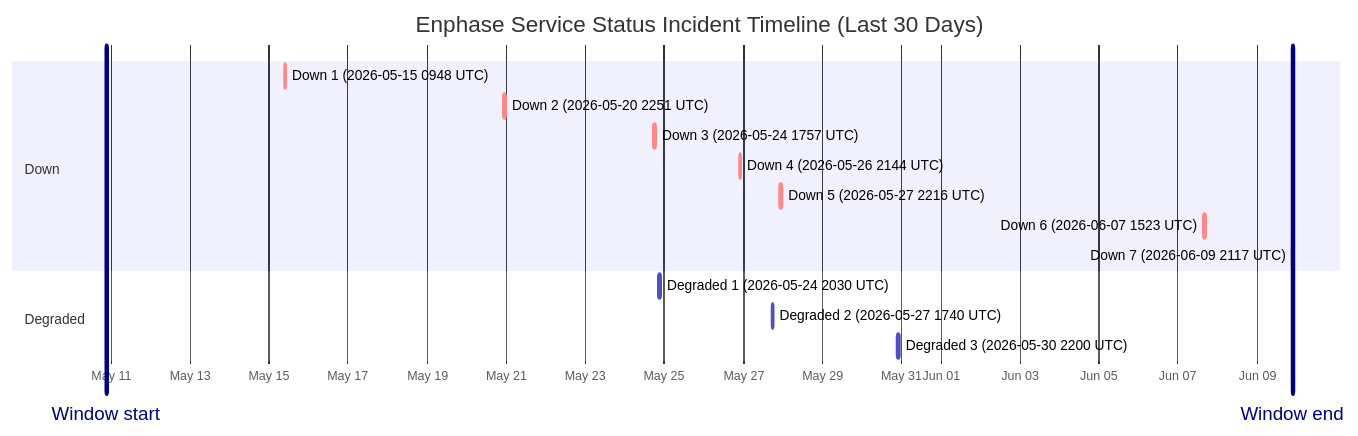
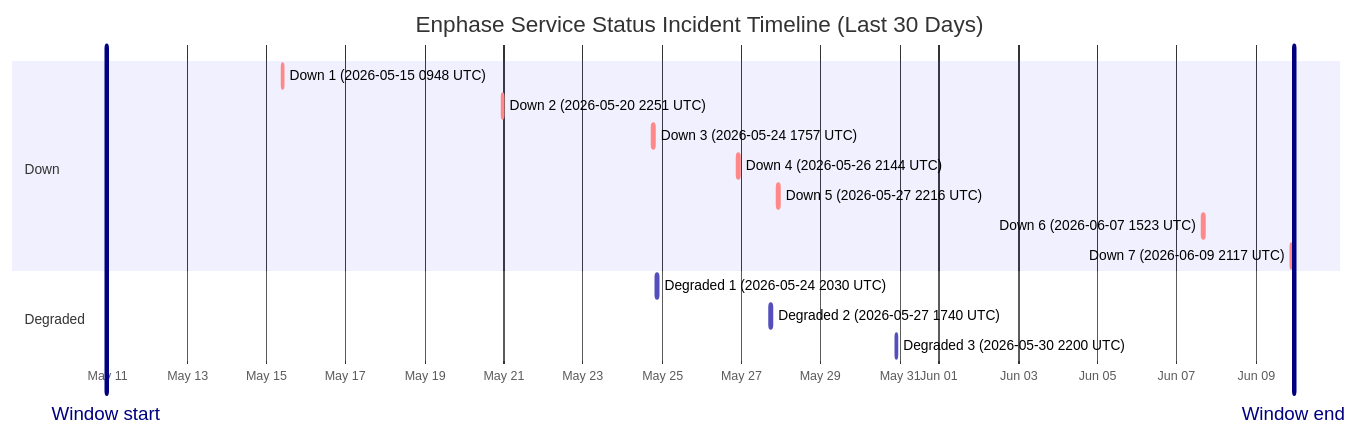
The diagram in wiki/Service-Status-History.md (barneyonline/ha-enphase-energy), drawn with Mermaid before and after one commit. The commit also changed other lines of this file and 5 other files, not shown here.

````diff
--- a/wiki/Service-Status-History.md
+++ b/wiki/Service-Status-History.md
@@ -14,20 +14,20 @@
 ```mermaid
 gantt
     title Enphase Service Status Incident Timeline (Last 30 Days)
     dateFormat  YYYY-MM-DDTHH:mm:ss
     axisFormat  %b %d
-    Window start :vert, window-start, 2026-05-10T21:17:17, 0ms
-    Window end :vert, window-end, 2026-06-09T21:17:17, 0ms
+    Window start :vert, window-start, 2026-05-10T22:57:16, 0ms
+    Window end :vert, window-end, 2026-06-09T22:57:16, 0ms
     section Down
     Down 1 (2026-05-15 0948 UTC) :crit, down-1, 2026-05-15T09:48:18, 60m
     Down 2 (2026-05-20 2251 UTC) :crit, down-2, 2026-05-20T22:51:14, 75m
     Down 3 (2026-05-24 1757 UTC) :crit, down-3, 2026-05-24T17:57:41, 86m
     Down 4 (2026-05-26 2144 UTC) :crit, down-4, 2026-05-26T21:44:11, 85m
     Down 5 (2026-05-27 2216 UTC) :crit, down-5, 2026-05-27T22:16:53, 87m
     Down 6 (2026-06-07 1523 UTC) :crit, down-6, 2026-06-07T15:23:22, 87m
     Down 7 (2026-06-09 2117 UTC) :crit, down-7, 2026-06-09T21:17:17, 60m
     section Degraded
     Degraded 1 (2026-05-24 2030 UTC) :active, degraded-1, 2026-05-24T20:30:57, 84m
     Degraded 2 (2026-05-27 1740 UTC) :active, degraded-2, 2026-05-27T17:40:52, 60m
     Degraded 3 (2026-05-30 2200 UTC) :active, degraded-3, 2026-05-30T22:00:37, 60m
 ```
````
